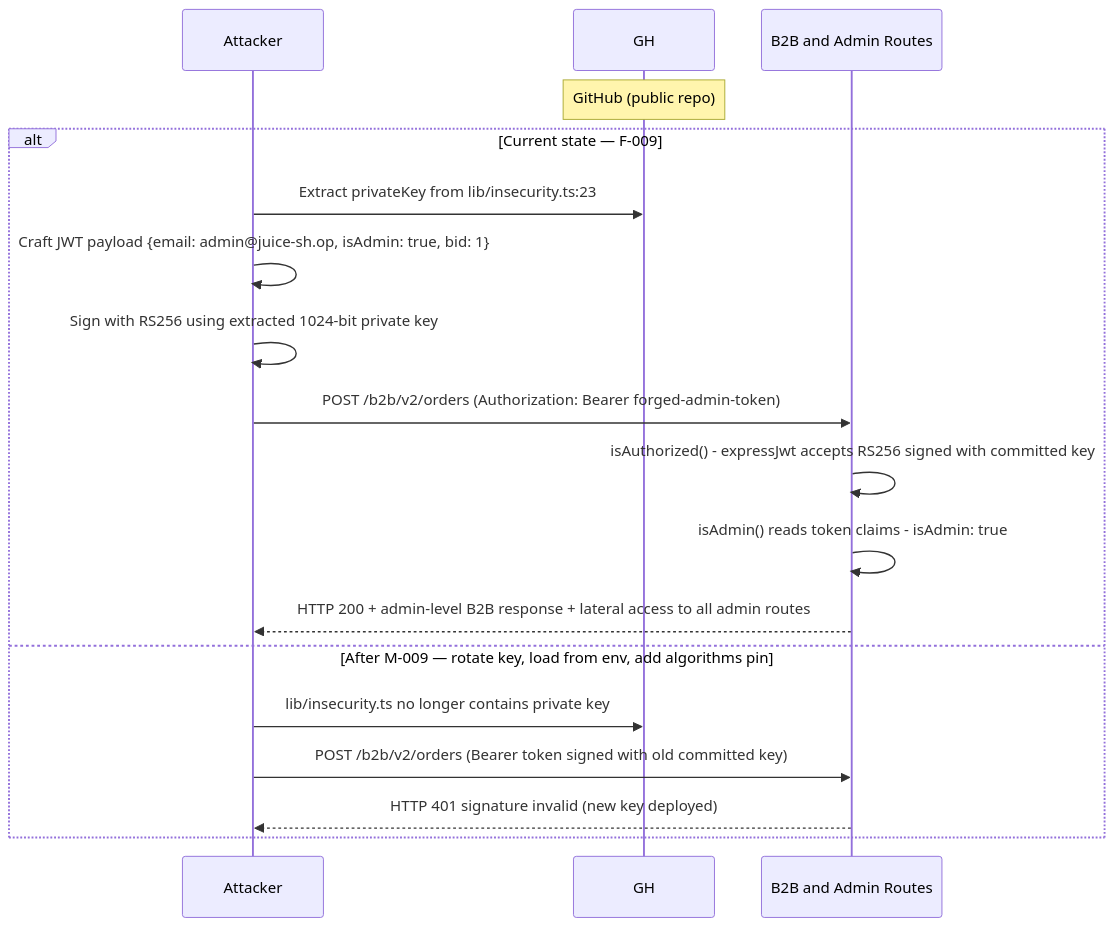
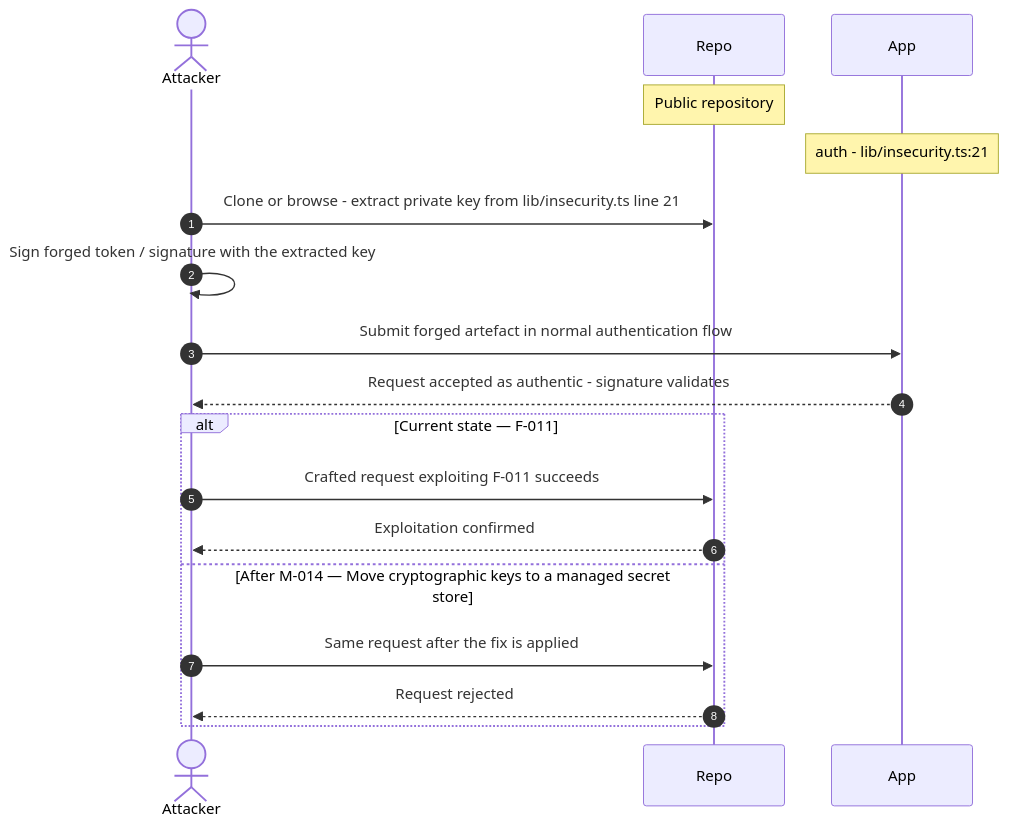
Before and after one commit to appsec-foundry/appsec-advisor: diagram 15 of 21 in examples/threat-modeler/threat-model-juice-shop-standard.md, drawn with Mermaid. The commit also changed other lines of this file and 2 other files, not shown here.

````diff
--- a/examples/threat-modeler/threat-model-juice-shop-standard.md
+++ b/examples/threat-modeler/threat-model-juice-shop-standard.md
@@ -882,21 +828,20 @@
 ```mermaid
 sequenceDiagram
-    participant A as Attacker
-    participant GH
-    Note over GH: GitHub (public repo)
-    participant API as B2B and Admin Routes
-
-    alt Current state — F-009
-        A->>GH: Extract privateKey from lib/insecurity.ts:23
-        A->>A: Craft JWT payload {email: admin@juice-sh.op, isAdmin: true, bid: 1}
-        A->>A: Sign with RS256 using extracted 1024-bit private key
-        A->>API: POST /b2b/v2/orders (Authorization: Bearer forged-admin-token)
-        API->>API: isAuthorized() - expressJwt accepts RS256 signed with committed key
-        API->>API: isAdmin() reads token claims - isAdmin: true
-        API-->>A: HTTP 200 + admin-level B2B response + lateral access to all admin routes
-    else After M-009 — rotate key, load from env, add algorithms pin
-        A->>GH: lib/insecurity.ts no longer contains private key
-        A->>API: POST /b2b/v2/orders (Bearer token signed with old committed key)
-        API-->>A: HTTP 401 signature invalid (new key deployed)
+    autonumber
+    actor Attacker
+    participant Repo
+    participant App
+    Note over Repo: Public repository
+    Note over App: auth - lib/insecurity.ts:21
+    Attacker->>Repo: Clone or browse - extract private key from lib/insecurity.ts line 21
+    Attacker->>Attacker: Sign forged token / signature with the extracted key
+    Attacker->>App: Submit forged artefact in normal authentication flow
+    App-->>Attacker: Request accepted as authentic - signature validates
+    alt Current state — F-011
+        Attacker->>Repo: Crafted request exploiting F-011 succeeds
+        Repo-->>Attacker: Exploitation confirmed
+    else After M-014 — Move cryptographic keys to a managed secret store
+        Attacker->>Repo: Same request after the fix is applied
+        Repo-->>Attacker: Request rejected
     end
 ```
````
